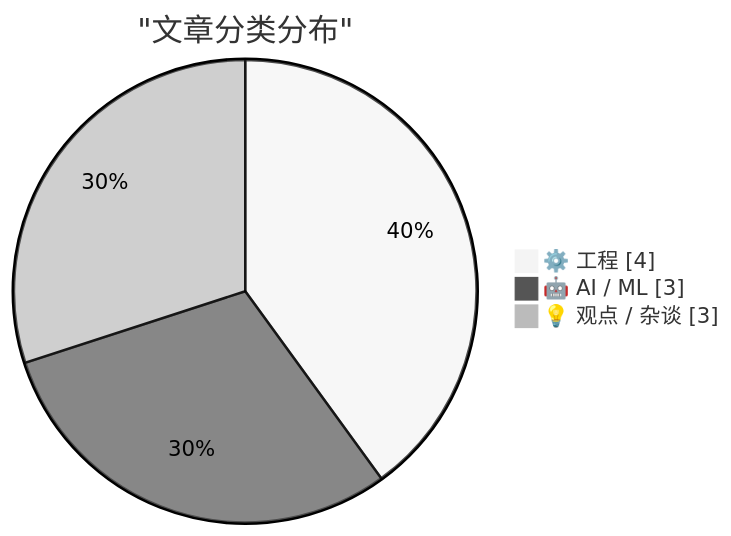
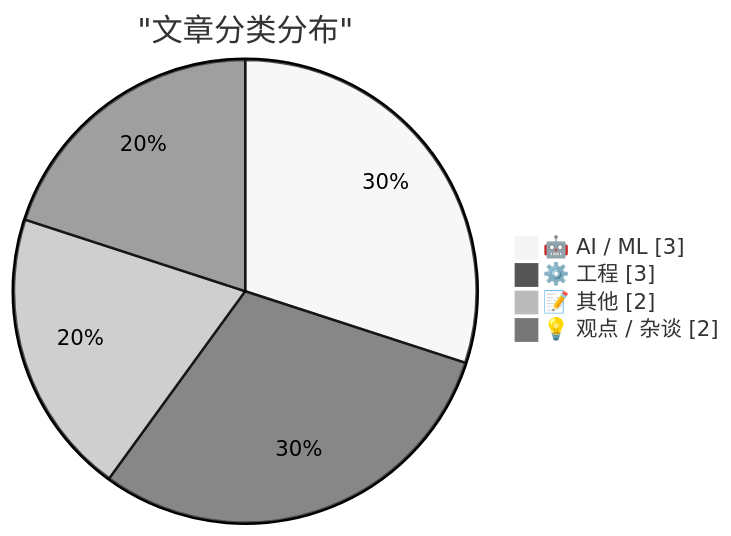
Before and after one commit to originem0/SZBlog: the first of 2 diagrams in content/ai-daily/2026-03-05.md, drawn with Mermaid (neutral theme). The commit also changed other lines of this file, not shown here.

````diff
--- a/content/ai-daily/2026-03-05.md
+++ b/content/ai-daily/2026-03-05.md
@@ -60,7 +60,8 @@
 ```mermaid
 pie showData
     title "文章分类分布"
-    "⚙️ 工程" : 4
     "🤖 AI / ML" : 3
-    "💡 观点 / 杂谈" : 3
+    "⚙️ 工程" : 3
+    "📝 其他" : 2
+    "💡 观点 / 杂谈" : 2
 ```
````
